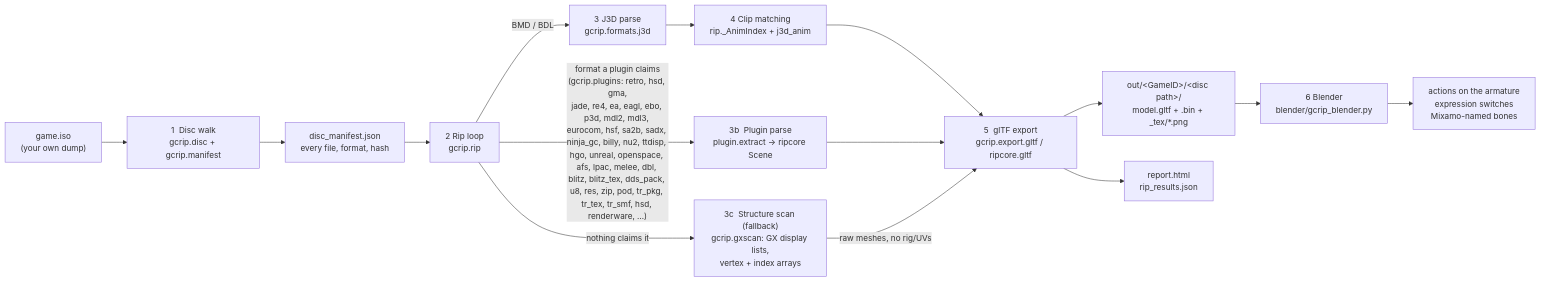
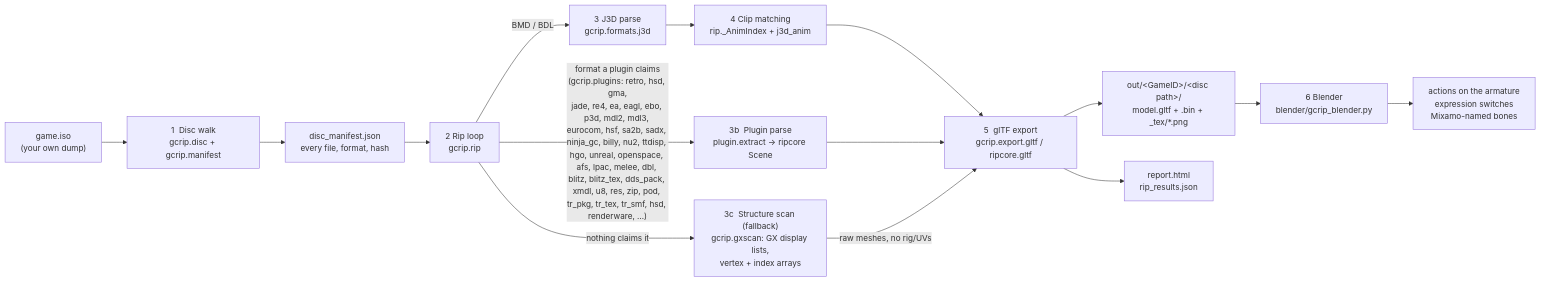
The first of 9 diagrams in docs/PIPELINE.md (Felbs/3d-ripper-9000), drawn with Mermaid before and after one commit. The commit also changed other lines of this file and 5 other files, not shown here.

First line of the commit message:
gcrip xmdl: Home Run King's models - 6,273 models, 155,356 triangles from a disc reporting zero

````diff
--- a/docs/PIPELINE.md
+++ b/docs/PIPELINE.md
@@ -11,17 +11,17 @@
 ```mermaid
 flowchart LR
     ISO["game.iso<br/>(your own dump)"] --> WALK["1  Disc walk<br/>gcrip.disc + gcrip.manifest"]
     WALK --> MAN["disc_manifest.json<br/>every file, format, hash"]
     MAN --> RIP["2  Rip loop<br/>gcrip.rip"]
     RIP -->|"BMD / BDL"| J3D["3  J3D parse<br/>gcrip.formats.j3d"]
-    RIP -->|"format a plugin claims<br/>(gcrip.plugins: retro, hsd, gma,<br/>jade, re4, ea, eagl, ebo, p3d, mdl2, mdl3, eurocom, hsf, sa2b, sadx, ninja_gc, billy, nu2, ttdisp, hgo, unreal, openspace, afs, lpac, melee, dbl, blitz, blitz_tex, dds_pack, u8, res, zip, pod, tr_pkg, tr_tex, tr_smf, hsd, renderware, …)"| PLUG["3b  Plugin parse<br/>plugin.extract → ripcore Scene"]
+    RIP -->|"format a plugin claims<br/>(gcrip.plugins: retro, hsd, gma,<br/>jade, re4, ea, eagl, ebo, p3d, mdl2, mdl3, eurocom, hsf, sa2b, sadx, ninja_gc, billy, nu2, ttdisp, hgo, unreal, openspace, afs, lpac, melee, dbl, blitz, blitz_tex, dds_pack, xmdl, u8, res, zip, pod, tr_pkg, tr_tex, tr_smf, hsd, renderware, …)"| PLUG["3b  Plugin parse<br/>plugin.extract → ripcore Scene"]
     RIP -->|"nothing claims it"| GX["3c  Structure scan (fallback)<br/>gcrip.gxscan: GX display lists,<br/>vertex + index arrays"]
     J3D --> ANIM["4  Clip matching<br/>rip._AnimIndex + j3d_anim"]
     ANIM --> GLTF["5  glTF export<br/>gcrip.export.gltf / ripcore.gltf"]
     PLUG --> GLTF
     GX -->|"raw meshes, no rig/UVs"| GLTF
     GLTF --> OUT["out/&lt;GameID&gt;/&lt;disc path&gt;/<br/>model.gltf + .bin + _tex/*.png"]
     GLTF --> REP["report.html<br/>rip_results.json"]
     OUT --> BL["6  Blender<br/>blender/gcrip_blender.py"]
     BL --> PLAY["actions on the armature<br/>expression switches<br/>Mixamo-named bones"]
 ```
````
